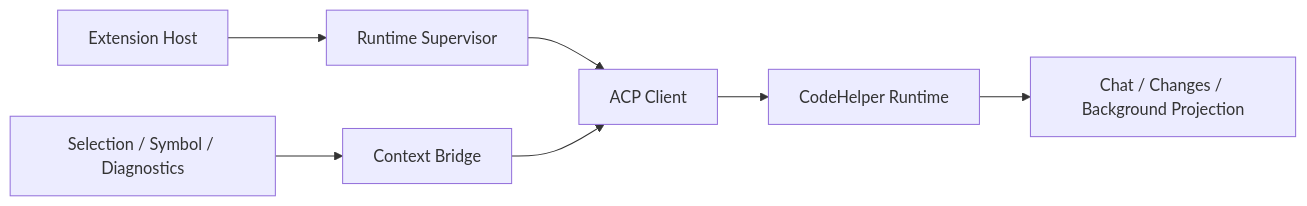
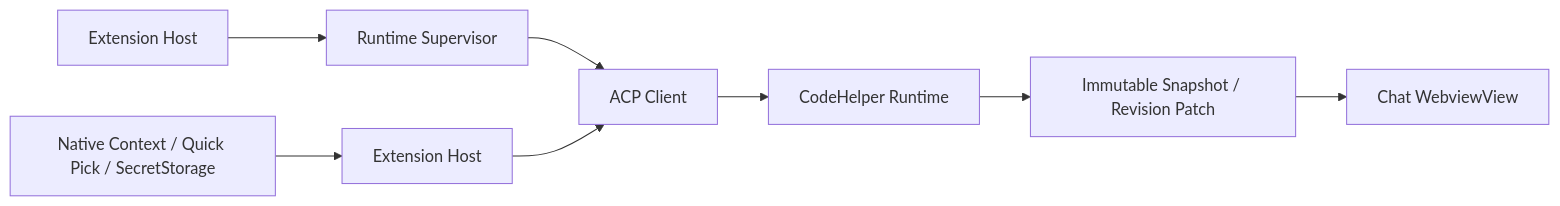
The diagram in docs/book/zh-CN/10-hosts-protocols/06-vscode.md (fwtllh-png/CodeHelper), drawn with Mermaid before and after one commit. The commit also changed other lines of this file and 28 other files, not shown here.

Commit message:
docs(book): align native agent chat architecture

````diff
--- a/docs/book/zh-CN/10-hosts-protocols/06-vscode.md
+++ b/docs/book/zh-CN/10-hosts-protocols/06-vscode.md
@@ -36,9 +40,10 @@
 ```mermaid
 flowchart LR
     E[Extension Host] --> S[Runtime Supervisor]
     S --> A[ACP Client]
     A --> R[CodeHelper Runtime]
-    D[Selection / Symbol / Diagnostics] --> C[Context Bridge]
+    D[Native Context / Quick Pick / SecretStorage] --> C[Extension Host]
     C --> A
-    R --> P[Chat / Changes / Background Projection]
+    R --> P[Immutable Snapshot / Revision Patch]
+    P --> W[Chat WebviewView]
 ```
````
